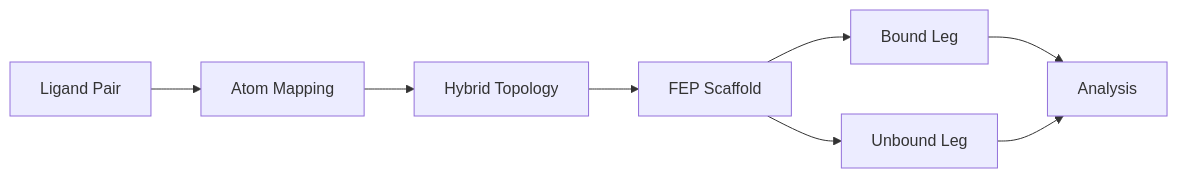
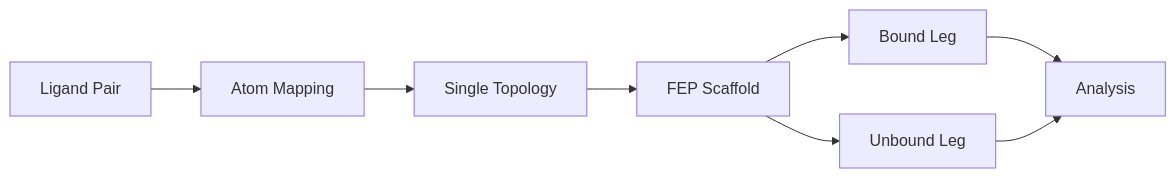
The first of 2 diagrams in docs/user-guide/fep-calculations.md (AIB100/PRISM-Tutorial), drawn with Mermaid before and after one commit. The commit also changed other lines of this file and 1 other file, not shown here.

````diff
--- a/docs/user-guide/fep-calculations.md
+++ b/docs/user-guide/fep-calculations.md
@@ -43,10 +43,10 @@
 ```mermaid
 graph LR
     A[Ligand Pair] --> B[Atom Mapping]
-    B --> C[Hybrid Topology]
+    B --> C[Single Topology]
     C --> D[FEP Scaffold]
     D --> E[Bound Leg]
     D --> F[Unbound Leg]
     E --> G[Analysis]
     F --> G
 ```
````
